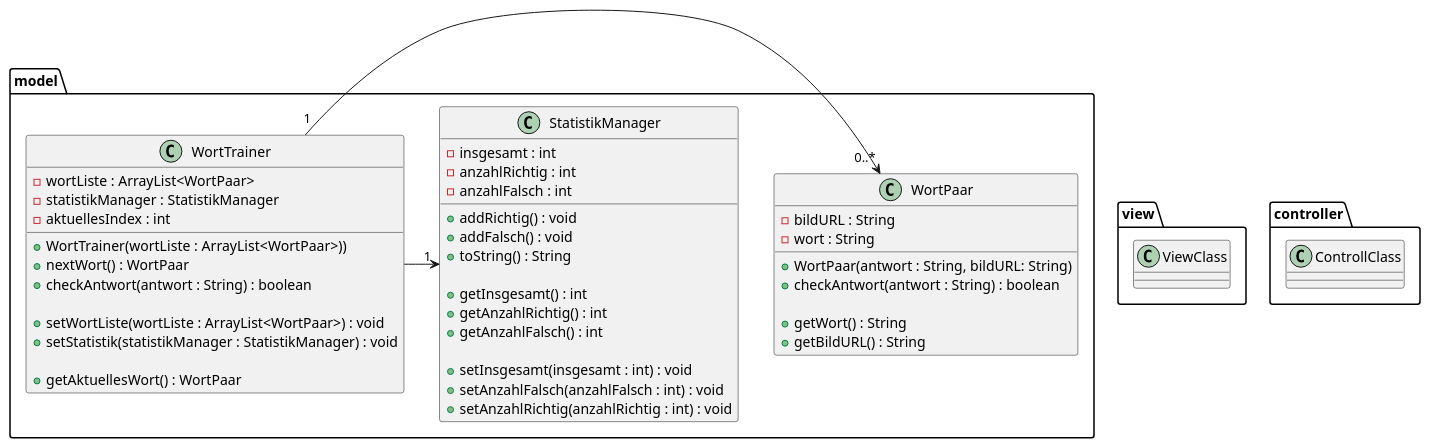
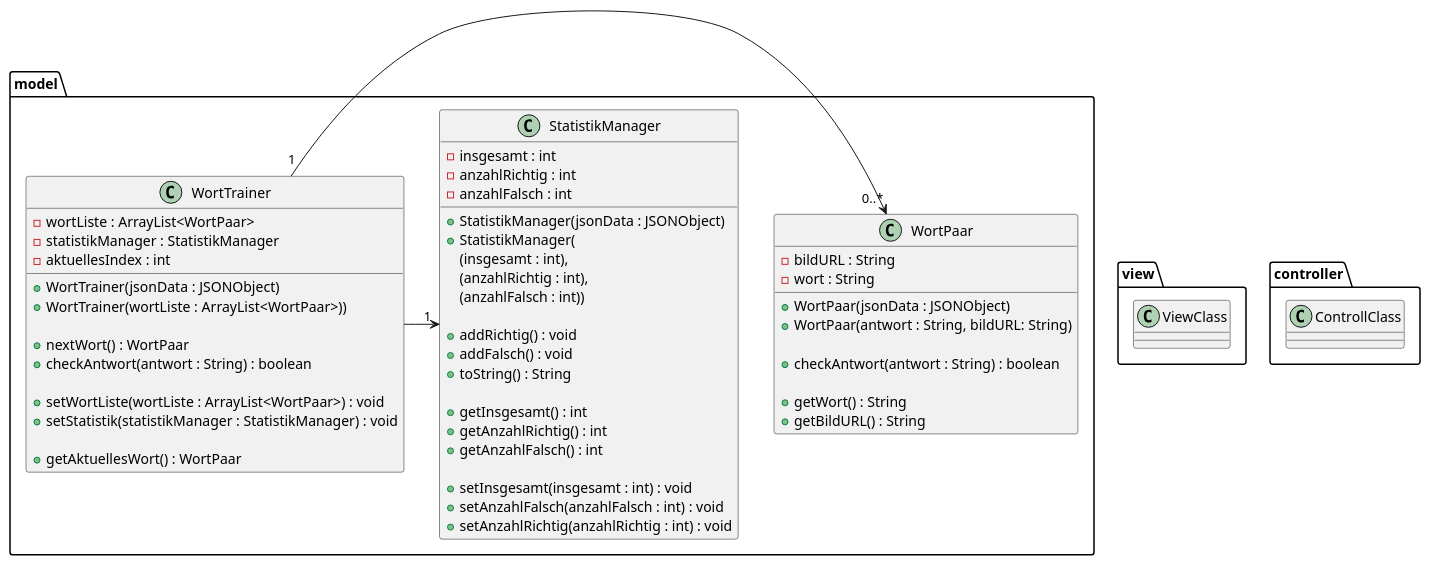
One commit to TGM-HIT/sew9-2425-worttrainer-aaabdulkarim changed the diagram in Worttrainer_UML.puml. Above: the diagram before and after it, drawn with PlantUML.

Commit message:
Update des Designs, StatistikManager bekommt einen Konstruktor damit ein neues. Überall werden JSON Objekte akzeptiert

```diff
--- a/Worttrainer_UML.puml
+++ b/Worttrainer_UML.puml
@@ -1,68 +1,78 @@
 @startuml
 'https://plantuml.com/class-diagram
 
 package model {
 
     class WortPaar {
         - bildURL : String
         - wort : String
 
+        + WortPaar(jsonData : JSONObject)
         + WortPaar(antwort : String, bildURL: String)
+
         + checkAntwort(antwort : String) : boolean
 
         + getWort() : String
         + getBildURL() : String
     }
 
     class WortTrainer {
         - wortListe : ArrayList<WortPaar>
         - statistikManager : StatistikManager
         - aktuellesIndex : int
 
+        + WortTrainer(jsonData : JSONObject)
         + WortTrainer(wortListe : ArrayList<WortPaar>))
+
         + nextWort() : WortPaar
         + checkAntwort(antwort : String) : boolean
 
         + setWortListe(wortListe : ArrayList<WortPaar>) : void
         + setStatistik(statistikManager : StatistikManager) : void
 
         + getAktuellesWort() : WortPaar
     }
 
     class StatistikManager {
         - insgesamt : int
         - anzahlRichtig : int
         - anzahlFalsch : int
+
+        + StatistikManager(jsonData : JSONObject)
+        + StatistikManager(
+        (insgesamt : int),
+        (anzahlRichtig : int),
+        (anzahlFalsch : int))
 
         + addRichtig() : void
         + addFalsch() : void
         + toString() : String
 
         + getInsgesamt() : int
         + getAnzahlRichtig() : int
         + getAnzahlFalsch() : int
 
         + setInsgesamt(insgesamt : int) : void
         + setAnzahlFalsch(anzahlFalsch : int) : void
         + setAnzahlRichtig(anzahlRichtig : int) : void
     }
 }
 
 
 package view {
     class ViewClass {
     }
 }
 
 package controller {
     class ControllClass {
     }
 }
 
 
 
 
 WortTrainer "1" -> "0..*" WortPaar
 WortTrainer -> "1" StatistikManager
 
 @enduml
```
